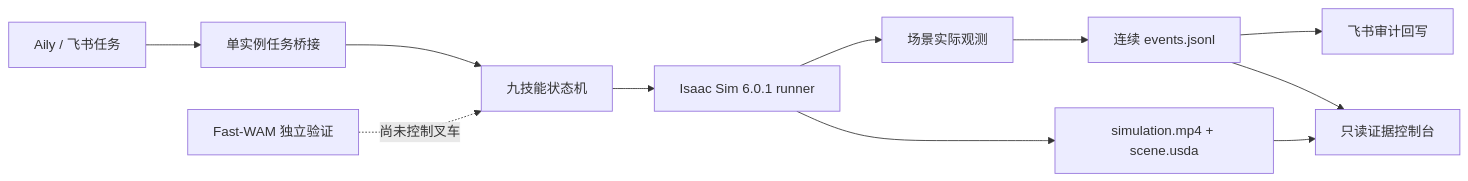
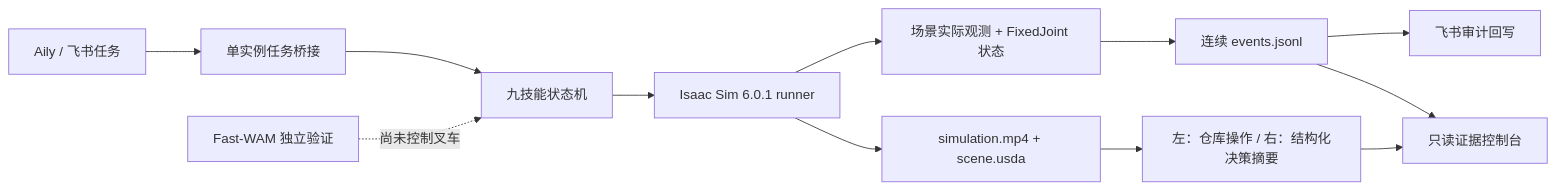
Before and after one commit to imChenRH/seer-competition: the diagram in demo/项目总结与交付说明.md, drawn with Mermaid. The commit also changed other lines of this file and 46 other files, not shown here.

````diff
--- a/demo/项目总结与交付说明.md
+++ b/demo/项目总结与交付说明.md
@@ -40,13 +40,14 @@
 ```mermaid
 flowchart LR
     A["Aily / 飞书任务"] --> B["单实例任务桥接"]
     B --> C["九技能状态机"]
     C --> D["Isaac Sim 6.0.1 runner"]
-    D --> E["场景实际观测"]
+    D --> E["场景实际观测 + FixedJoint 状态"]
     E --> F["连续 events.jsonl"]
     F --> G["飞书审计回写"]
     F --> H["只读证据控制台"]
     D --> I["simulation.mp4 + scene.usda"]
-    I --> H
+    I --> K["左：仓库操作 / 右：结构化决策摘要"]
+    K --> H
     J["Fast-WAM 独立验证"] -. "尚未控制叉车" .-> C
 ```
````
